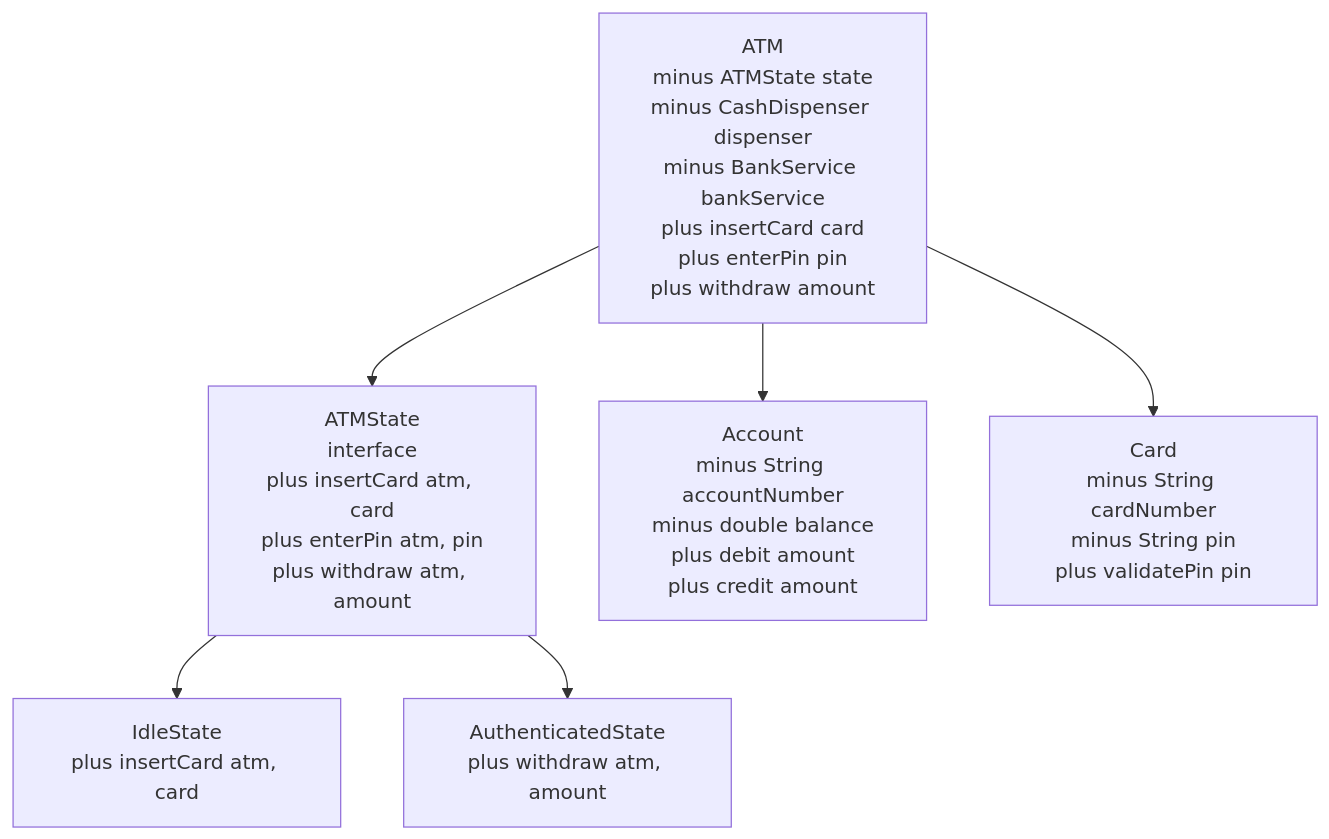
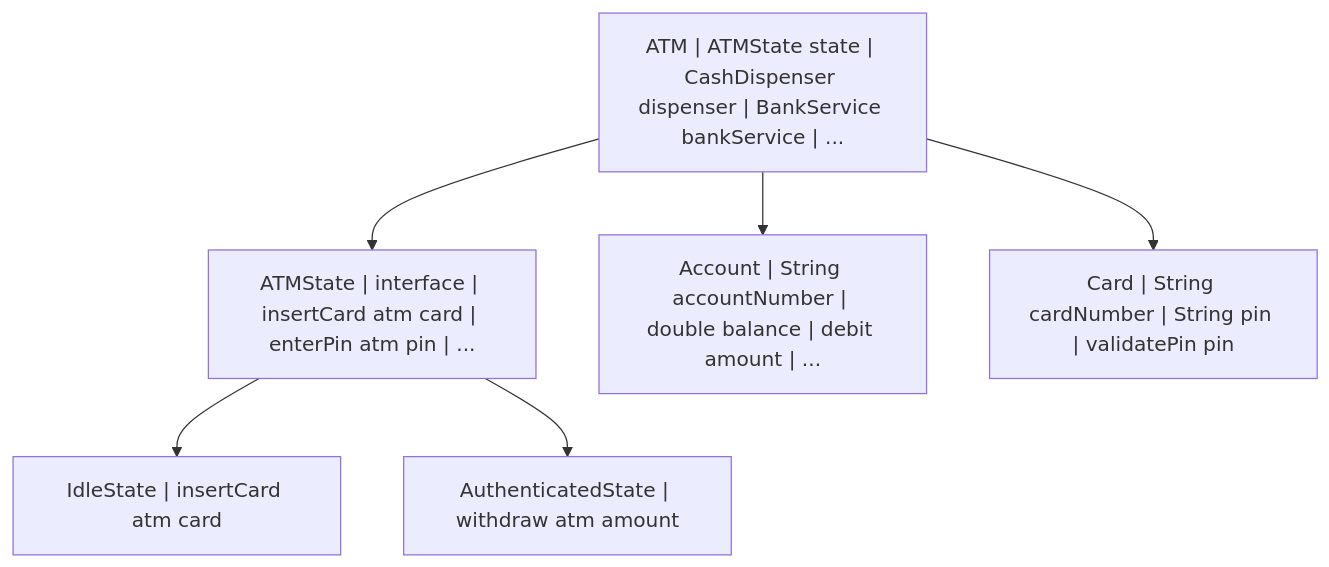
One commit to mthaiseer/springcloud-systemdesign-notes changed the tenth of 39 diagrams in LLD_NOTES/lld_visual_java_reference_fixed.md. Above: the diagram before and after it, drawn with Mermaid. The commit also changed other lines of this file, not shown here.

````diff
--- a/LLD_NOTES/lld_visual_java_reference_fixed.md
+++ b/LLD_NOTES/lld_visual_java_reference_fixed.md
@@ -740,14 +722,14 @@
 ```mermaid
 flowchart TD
-  C1["ATM<br/>minus ATMState state<br/>minus CashDispenser dispenser<br/>minus BankService bankService<br/>plus insertCard card<br/>plus enterPin pin<br/>plus withdraw amount"]
-  C2["ATMState<br/>interface<br/>plus insertCard atm, card<br/>plus enterPin atm, pin<br/>plus withdraw atm, amount"]
-  C3["IdleState<br/>plus insertCard atm, card"]
-  C4["AuthenticatedState<br/>plus withdraw atm, amount"]
-  C5["Account<br/>minus String accountNumber<br/>minus double balance<br/>plus debit amount<br/>plus credit amount"]
-  C6["Card<br/>minus String cardNumber<br/>minus String pin<br/>plus validatePin pin"]
-  C1 --> C2
-  C2 --> C3
-  C2 --> C4
-  C1 --> C5
-  C1 --> C6
+  C1["ATM | ATMState state | CashDispenser dispenser | BankService bankService | ..."]
+  C2["ATMState | interface | insertCard atm card | enterPin atm pin | ..."]
+  C3["IdleState | insertCard atm card"]
+  C4["AuthenticatedState | withdraw atm amount"]
+  C5["Account | String accountNumber | double balance | debit amount | ..."]
+  C6["Card | String cardNumber | String pin | validatePin pin"]
+C1 --> C2
+C2 --> C3
+C2 --> C4
+C1 --> C5
+C1 --> C6
 ```
````
